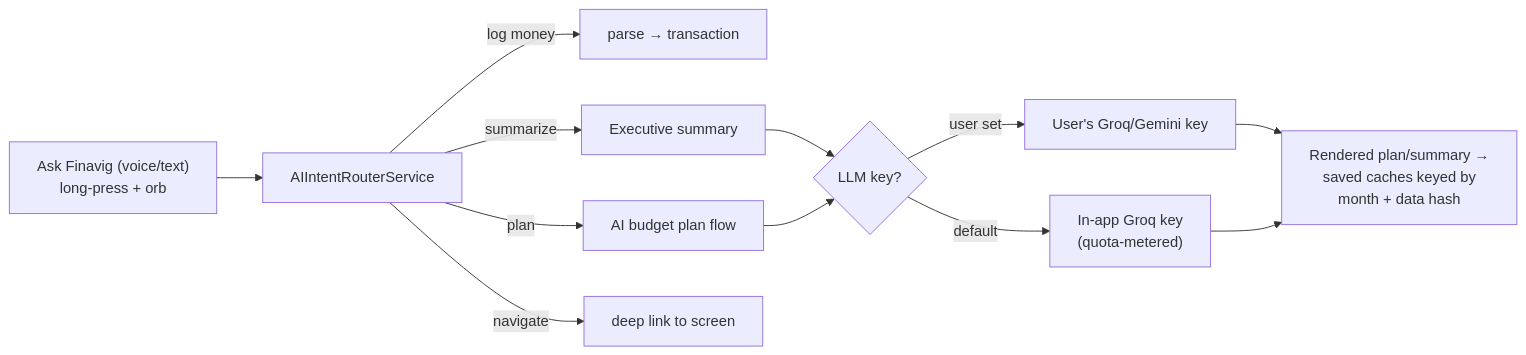
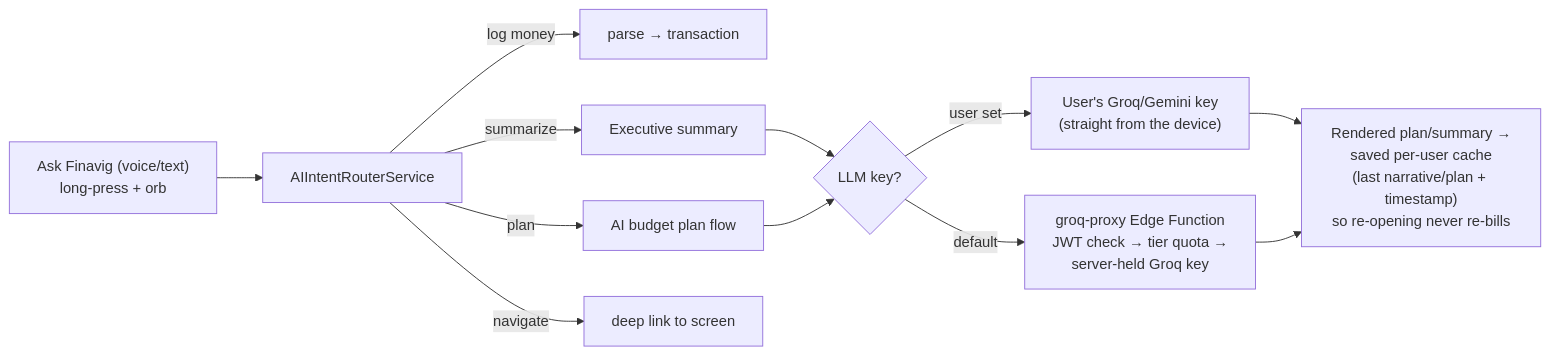
Before and after one commit to razique20/finavig: the ninth of 11 diagrams in ARCHITECTURE.md, drawn with Mermaid. The commit also changed other lines of this file and 12 other files, not shown here.

````diff
--- a/ARCHITECTURE.md
+++ b/ARCHITECTURE.md
@@ -227,14 +270,14 @@
 ```mermaid
 flowchart LR
     Q["Ask Finavig (voice/text)<br/>long-press + orb"] --> R["AIIntentRouterService"]
     R -->|"log money"| NLP["parse → transaction"]
     R -->|"plan"| BPS["AI budget plan flow"]
     R -->|"summarize"| SUM["Executive summary"]
     R -->|"navigate"| NAV["deep link to screen"]
 
     SUM --> KEY{"LLM key?"}
     BPS --> KEY
-    KEY -->|"user set"| UK["User's Groq/Gemini key"]
-    KEY -->|"default"| DK["In-app Groq key<br/>(quota-metered)"]
-    UK & DK --> RES["Rendered plan/summary →<br/>saved caches keyed by<br/>month + data hash"]
+    KEY -->|"user set"| UK["User's Groq/Gemini key<br/>(straight from the device)"]
+    KEY -->|"default"| PROXY["groq-proxy Edge Function<br/>JWT check → tier quota →<br/>server-held Groq key"]
+    UK & PROXY --> RES["Rendered plan/summary →<br/>saved per-user cache<br/>(last narrative/plan + timestamp)<br/>so re-opening never re-bills"]
 ```
````
